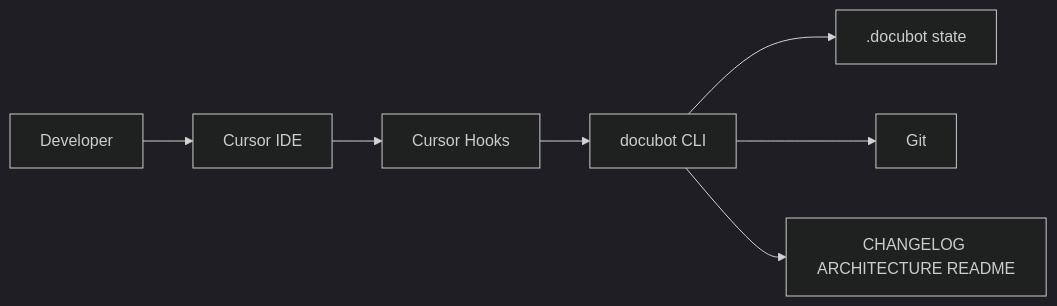
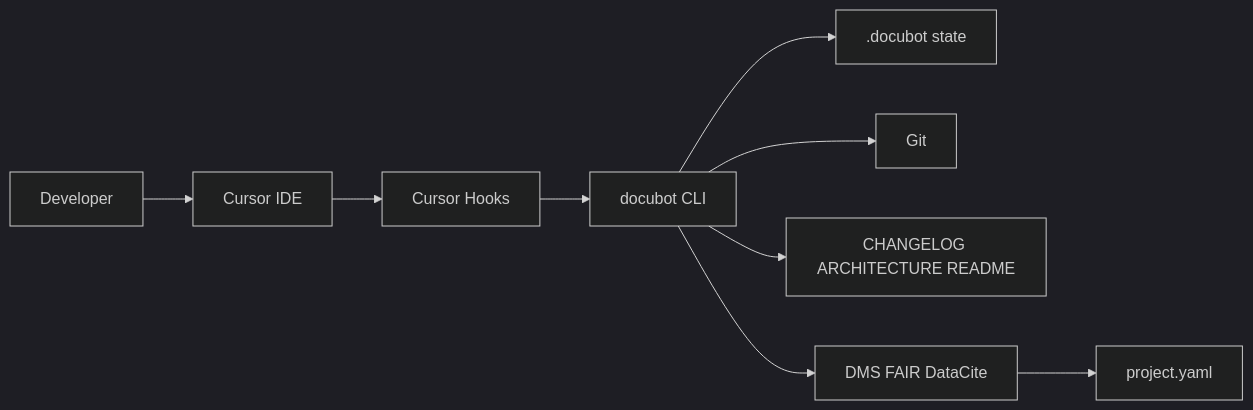
Before and after one commit to dpletta/docubot: the diagram in docs/ARCHITECTURE.md, drawn with Mermaid (dark theme). The commit also changed other lines of this file and 35 other files, not shown here.

First line of the commit message:
feat: add FAIR and NIH DMS compliance metadata workflows

````diff
--- a/docs/ARCHITECTURE.md
+++ b/docs/ARCHITECTURE.md
@@ -11,9 +11,11 @@
 ```mermaid
 flowchart LR
   User[Developer] --> IDE[Cursor IDE]
   IDE --> Hooks[Cursor Hooks]
   Hooks --> CLI[docubot CLI]
   CLI --> State[.docubot state]
   CLI --> Git[Git]
   CLI --> Docs[CHANGELOG ARCHITECTURE README]
+  CLI --> Compliance[DMS FAIR DataCite]
+  Compliance --> ProjectMeta[project.yaml]
 ```
````
